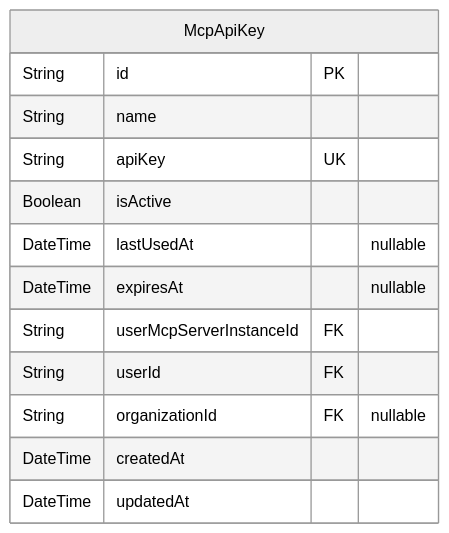
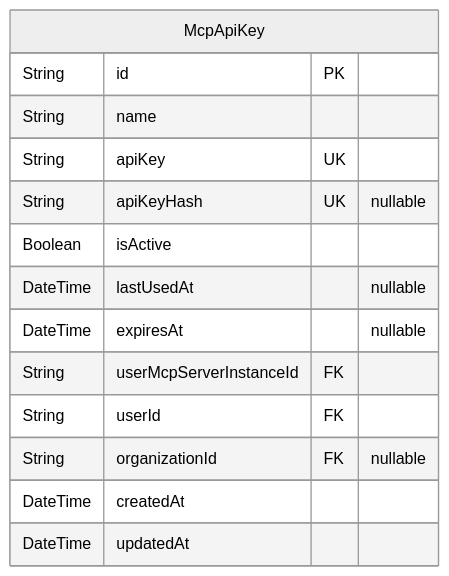
The first of 7 diagrams in packages/db/prisma/README.md (rayven122/tumiki), drawn with Mermaid (neutral theme) before and after one commit. The commit also changed other lines of this file and 3 other files, not shown here.

Commit message:
feat: McpApiKeyモデルにapiKeyHashフィールドを追加し、データベースマイグレーションを更新

````diff
--- a/packages/db/prisma/README.md
+++ b/packages/db/prisma/README.md
@@ -15,16 +15,17 @@
 ```mermaid
 erDiagram
 "McpApiKey" {
   String id PK
   String name
   String apiKey UK
+  String apiKeyHash UK "nullable"
   Boolean isActive
   DateTime lastUsedAt "nullable"
   DateTime expiresAt "nullable"
   String userMcpServerInstanceId FK
   String userId FK
   String organizationId FK "nullable"
   DateTime createdAt
   DateTime updatedAt
 }
 ```
````
